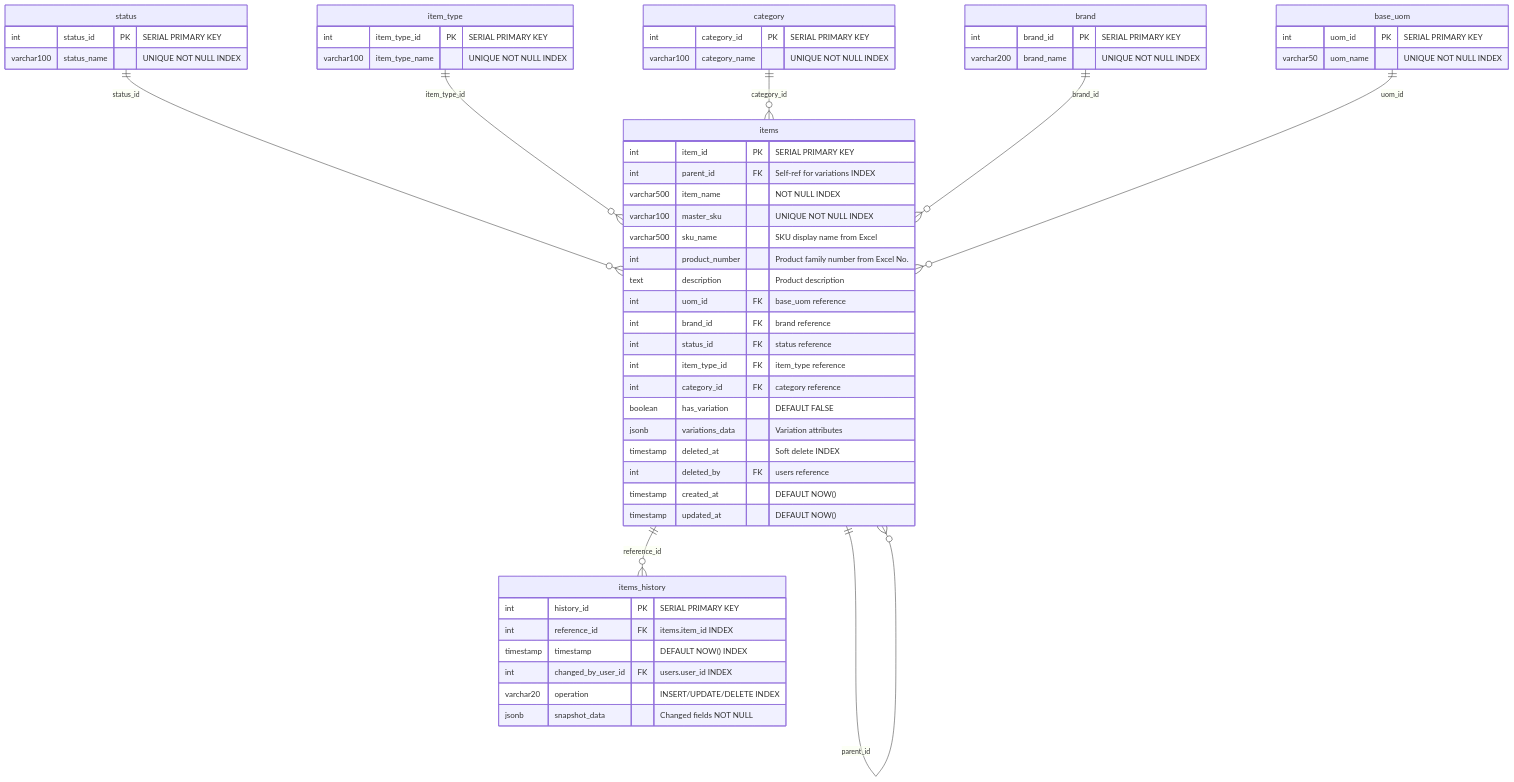
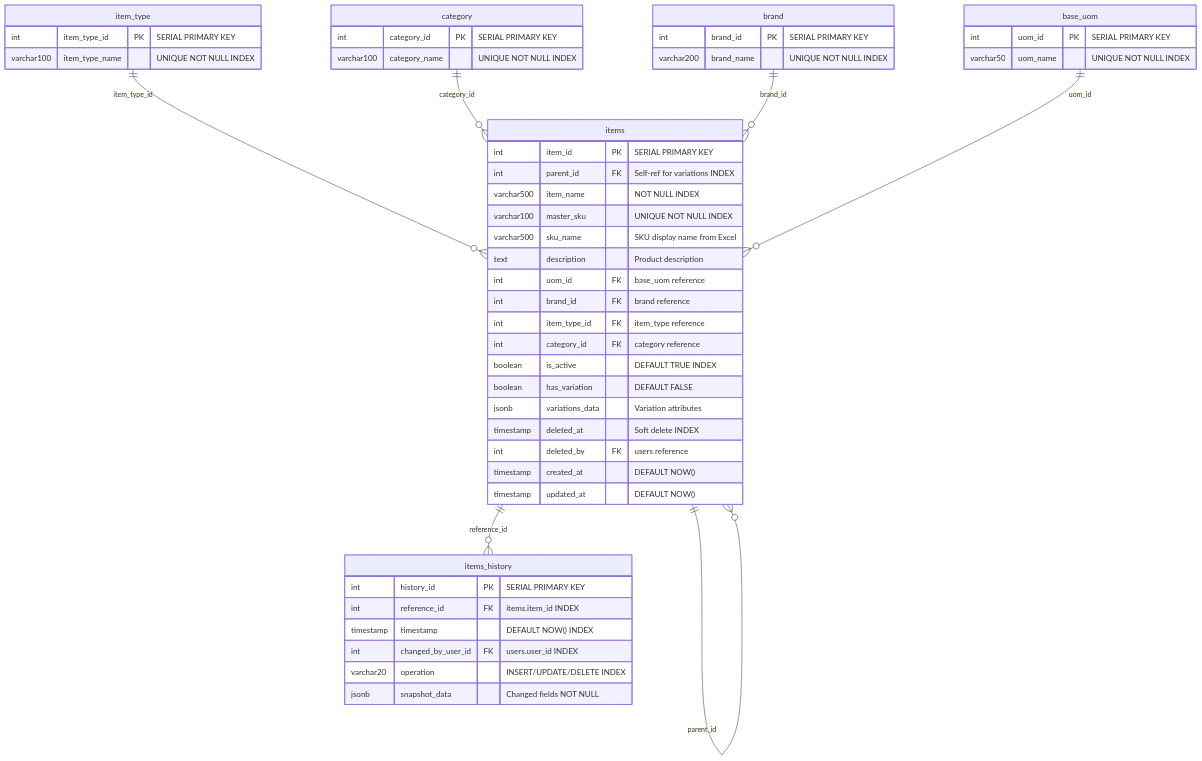
The third of 7 diagrams in docs/official_documentation/database_structure.md (jtee509/WOMS-FYP2.0), drawn with Mermaid before and after one commit. The commit also changed other lines of this file and 3 other files, not shown here.

````diff
--- a/docs/official_documentation/database_structure.md
+++ b/docs/official_documentation/database_structure.md
@@ -924,65 +917,58 @@
 ```mermaid
 erDiagram
-    status {
-        int status_id PK "SERIAL PRIMARY KEY"
-        varchar100 status_name "UNIQUE NOT NULL INDEX"
-    }
-    
     item_type {
         int item_type_id PK "SERIAL PRIMARY KEY"
         varchar100 item_type_name "UNIQUE NOT NULL INDEX"
     }
-    
+
     category {
         int category_id PK "SERIAL PRIMARY KEY"
         varchar100 category_name "UNIQUE NOT NULL INDEX"
     }
-    
+
     brand {
         int brand_id PK "SERIAL PRIMARY KEY"
         varchar200 brand_name "UNIQUE NOT NULL INDEX"
     }
-    
+
     base_uom {
         int uom_id PK "SERIAL PRIMARY KEY"
         varchar50 uom_name "UNIQUE NOT NULL INDEX"
     }
-    
+
     items {
         int item_id PK "SERIAL PRIMARY KEY"
         int parent_id FK "Self-ref for variations INDEX"
         varchar500 item_name "NOT NULL INDEX"
         varchar100 master_sku "UNIQUE NOT NULL INDEX"
         varchar500 sku_name "SKU display name from Excel"
-        int product_number "Product family number from Excel No."
         text description "Product description"
         int uom_id FK "base_uom reference"
         int brand_id FK "brand reference"
-        int status_id FK "status reference"
         int item_type_id FK "item_type reference"
         int category_id FK "category reference"
+        boolean is_active "DEFAULT TRUE INDEX"
         boolean has_variation "DEFAULT FALSE"
         jsonb variations_data "Variation attributes"
         timestamp deleted_at "Soft delete INDEX"
         int deleted_by FK "users reference"
         timestamp created_at "DEFAULT NOW()"
         timestamp updated_at "DEFAULT NOW()"
     }
-    
+
     items_history {
         int history_id PK "SERIAL PRIMARY KEY"
         int reference_id FK "items.item_id INDEX"
         timestamp timestamp "DEFAULT NOW() INDEX"
         int changed_by_user_id FK "users.user_id INDEX"
         varchar20 operation "INSERT/UPDATE/DELETE INDEX"
         jsonb snapshot_data "Changed fields NOT NULL"
     }
-    
+
     items ||--o{ items : "parent_id"
-    status ||--o{ items : "status_id"
     item_type ||--o{ items : "item_type_id"
     category ||--o{ items : "category_id"
     brand ||--o{ items : "brand_id"
     base_uom ||--o{ items : "uom_id"
     items ||--o{ items_history : "reference_id"
 ```
````
